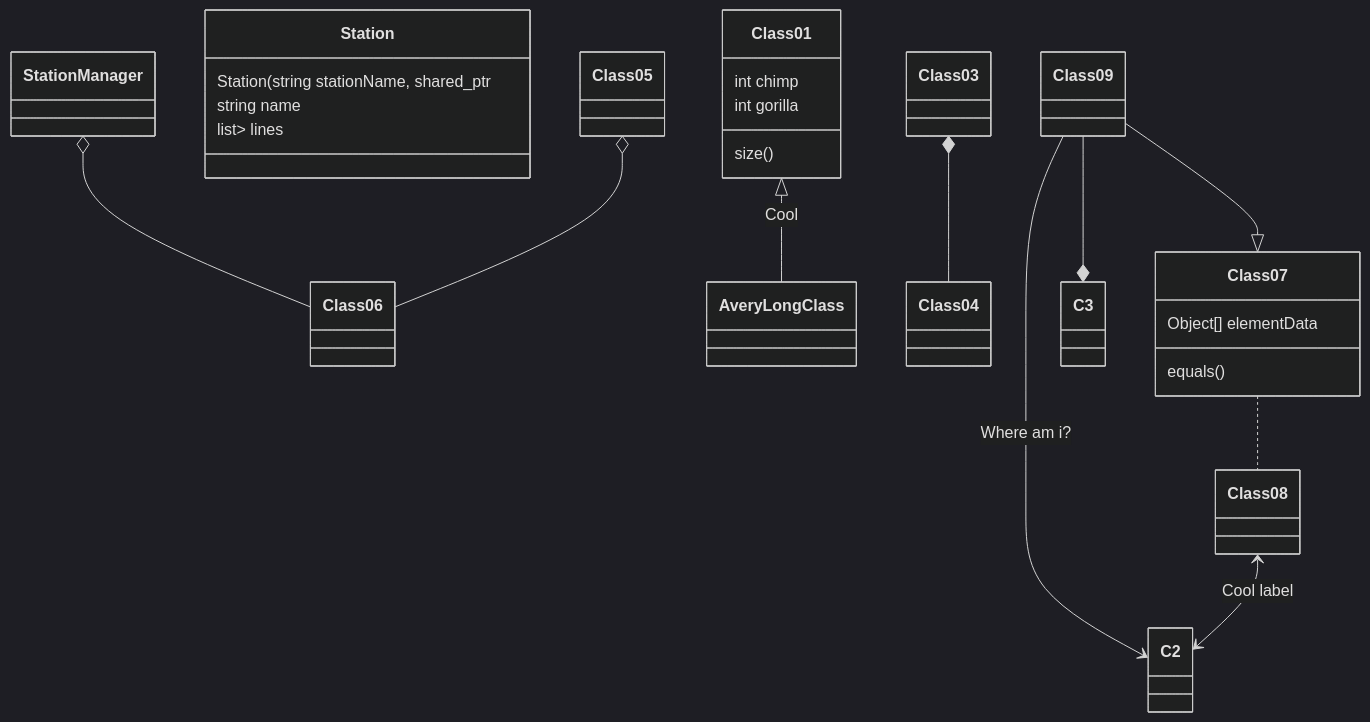
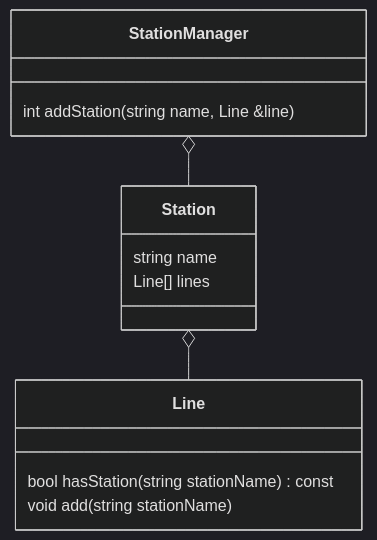
The diagram in doc/个人培训项目-设计文档.md (hustfyb/subwayStudy), drawn with Mermaid (dark theme) before and after one commit. The commit also changed 10 other files, not shown here.

````diff
--- a/doc/个人培训项目-设计文档.md
+++ b/doc/个人培训项目-设计文档.md
@@ -52,20 +52,10 @@
 ```mermaid
 classDiagram
-StationManager o-- Class06
-Station : Station(string stationName, shared_ptr<Line> line)
+StationManager o-- Station
+StationManager : int addStation(string name, Line &line)
 Station : string name
-Station : list<shared_ptr<Line>> lines
-Class01 <|-- AveryLongClass : Cool
-Class03 *-- Class04
-Class05 o-- Class06
-Class07 .. Class08
-Class09 --> C2 : Where am i?
-Class09 --* C3
-Class09 --|> Class07
-Class07 : equals()
-Class07 : Object[] elementData
-Class01 : size()
-Class01 : int chimp
-Class01 : int gorilla
-Class08 <--> C2: Cool label
+Station : Line[] lines
+Station o-- Line
+Line : bool hasStation(string stationName) const
+Line : void add(string stationName)
 ```
````
